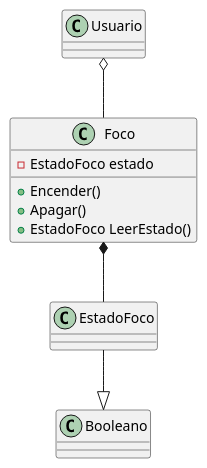
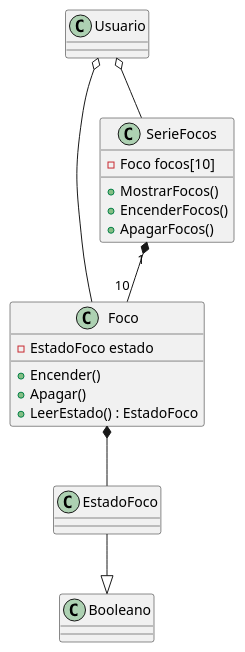
One commit to CesarMezaMarroquin/3E261-SEGUNDO-PARCIAL changed the diagram in docs/foco.puml. Above: the diagram before and after it, drawn with PlantUML. The commit also changed 4 other files, not shown here.

```diff
--- a/docs/foco.puml
+++ b/docs/foco.puml
@@ -1,19 +1,27 @@
 @startuml foco
 
 class Usuario
 
 class Foco{
 -EstadoFoco estado
 + Encender()
 + Apagar()
-+EstadoFoco LeerEstado()
++LeerEstado() : EstadoFoco
 }
 
 
 class EstadoFoco
+class SerieFocos{
+    -Foco focos[10]
+    +MostrarFocos()
+    +EncenderFocos()
+    +ApagarFocos()
+}
 
 Usuario o-- Foco 
 Foco *-- EstadoFoco
 EstadoFoco --|> Booleano
+SerieFocos "1" *-- "10" Foco
+Usuario o-- SerieFocos
 
 @enduml
```
